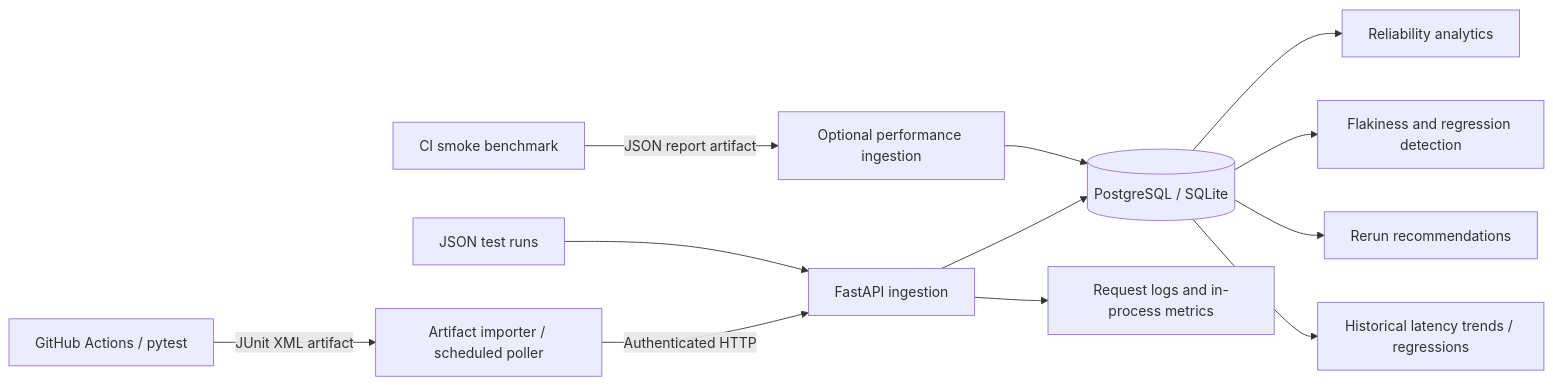
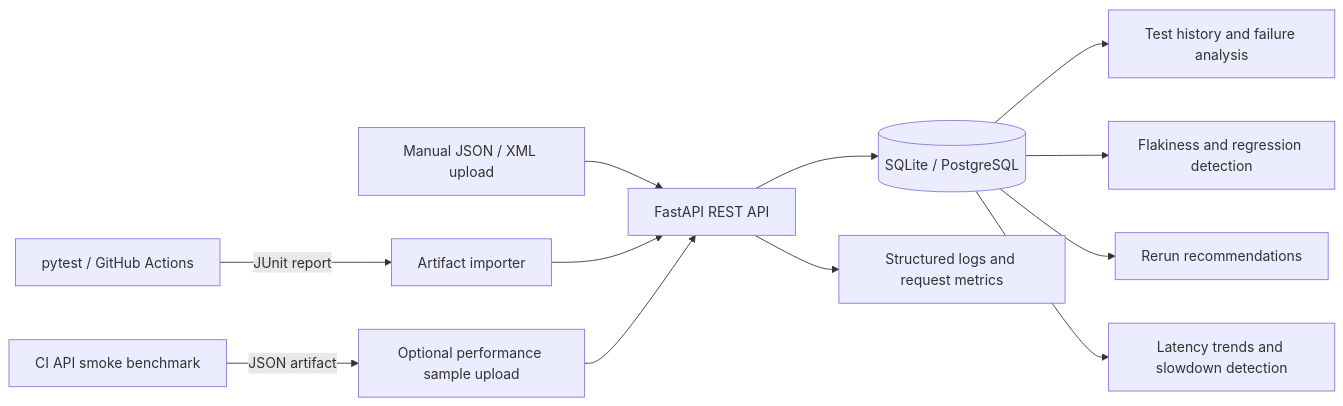
One commit to RianaMalhotra/TestPilot changed the diagram in README.md. Above: the diagram before and after it, drawn with Mermaid. The commit also changed other lines of this file, not shown here.

Commit message:
Explain TestPilot motivation, functionality, and architecture clearly in README

````diff
--- a/README.md
+++ b/README.md
@@ -11,14 +39,14 @@
 ```mermaid
 flowchart LR
-    A["GitHub Actions / pytest"] -->|"JUnit XML artifact"| B["Artifact importer / scheduled poller"]
-    B -->|"Authenticated HTTP"| C["FastAPI ingestion"]
-    D["JSON test runs"] --> C
-    C --> E[("PostgreSQL / SQLite")]
-    E --> F["Reliability analytics"]
+    A["pytest / GitHub Actions"] -->|"JUnit report"| B["Artifact importer"]
+    D["Manual JSON / XML upload"] --> C["FastAPI REST API"]
+    B --> C
+    C --> E[("SQLite / PostgreSQL")]
+    E --> F["Test history and failure analysis"]
     E --> G["Flakiness and regression detection"]
     E --> H["Rerun recommendations"]
-    I["CI smoke benchmark"] -->|"JSON report artifact"| J["Optional performance ingestion"]
-    J --> E
-    E --> K["Historical latency trends / regressions"]
-    C --> L["Request logs and in-process metrics"]
+    I["CI API smoke benchmark"] -->|"JSON artifact"| J["Optional performance sample upload"]
+    J --> C
+    E --> K["Latency trends and slowdown detection"]
+    C --> L["Structured logs and request metrics"]
 ```
````
